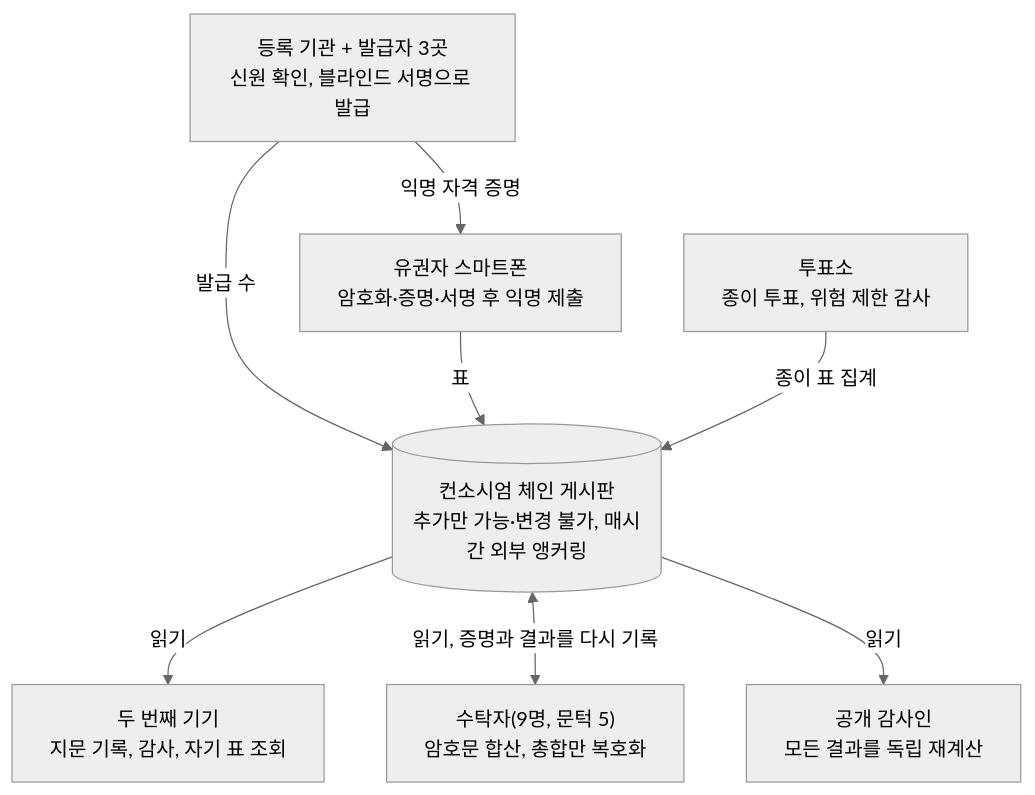
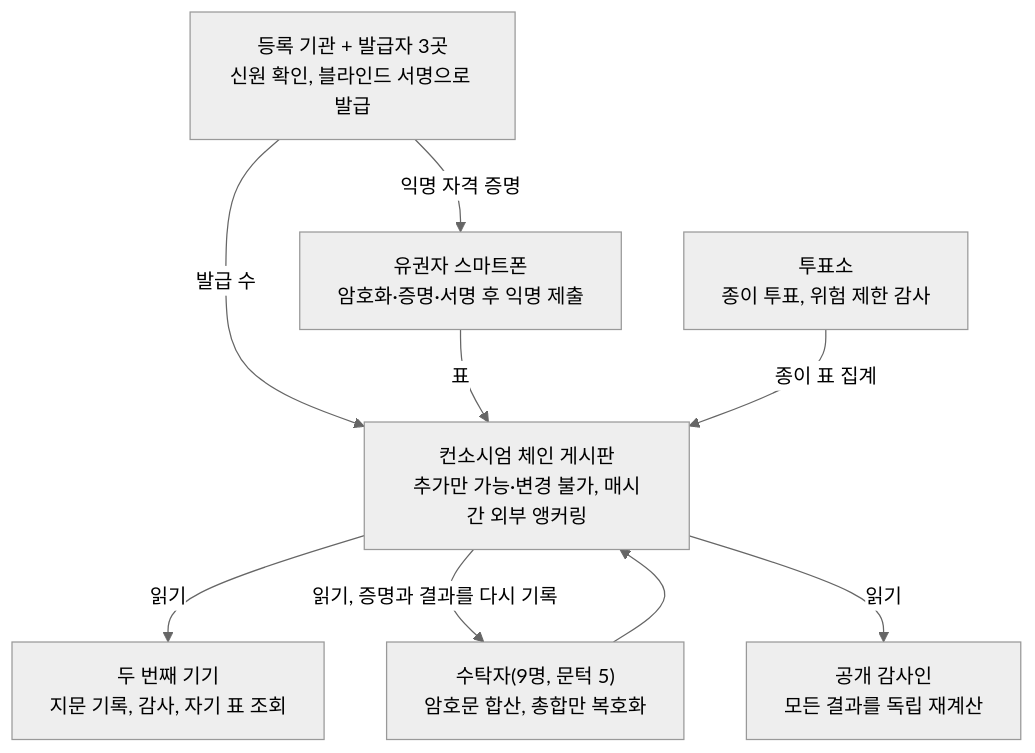
One commit to tommaru66-pixel/e2e-verifiable-voting changed the diagram in docs/ko.md. Above: the diagram before and after it, drawn with Mermaid (neutral theme). The commit also changed 8 other files, not shown here.

First line of the commit message:
Simplify architecture diagram syntax for GitHub rendering

````diff
--- a/docs/ko.md
+++ b/docs/ko.md
@@ -113,10 +113,11 @@
 ```mermaid
 flowchart TB
   R["등록 기관 + 발급자 3곳<br/>신원 확인, 블라인드 서명으로 발급"] -->|익명 자격 증명| P["유권자 스마트폰<br/>암호화·증명·서명 후 익명 제출"]
   R -->|발급 수| B
-  P -->|표| B[("컨소시엄 체인 게시판<br/>추가만 가능·변경 불가, 매시간 외부 앵커링")]
+  P -->|표| B["컨소시엄 체인 게시판<br/>추가만 가능·변경 불가, 매시간 외부 앵커링"]
   S["투표소<br/>종이 투표, 위험 제한 감사"] -->|종이 표 집계| B
   B -->|읽기| D["두 번째 기기<br/>지문 기록, 감사, 자기 표 조회"]
-  B <-->|읽기, 증명과 결과를 다시 기록| T["수탁자(9명, 문턱 5)<br/>암호문 합산, 총합만 복호화"]
+  B -->|읽기, 증명과 결과를 다시 기록| T["수탁자(9명, 문턱 5)<br/>암호문 합산, 총합만 복호화"]
+  T --> B
   B -->|읽기| A["공개 감사인<br/>모든 결과를 독립 재계산"]
 ```
````
